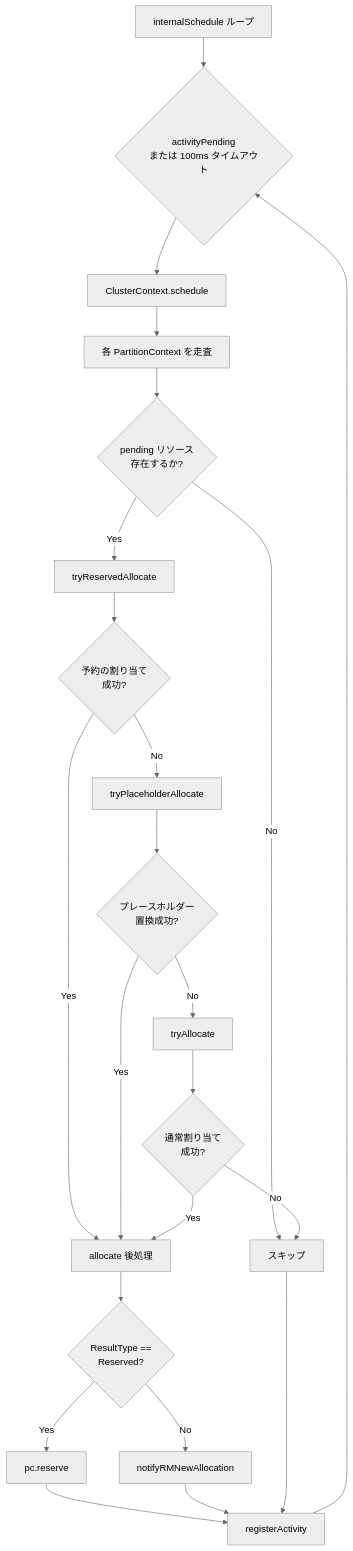
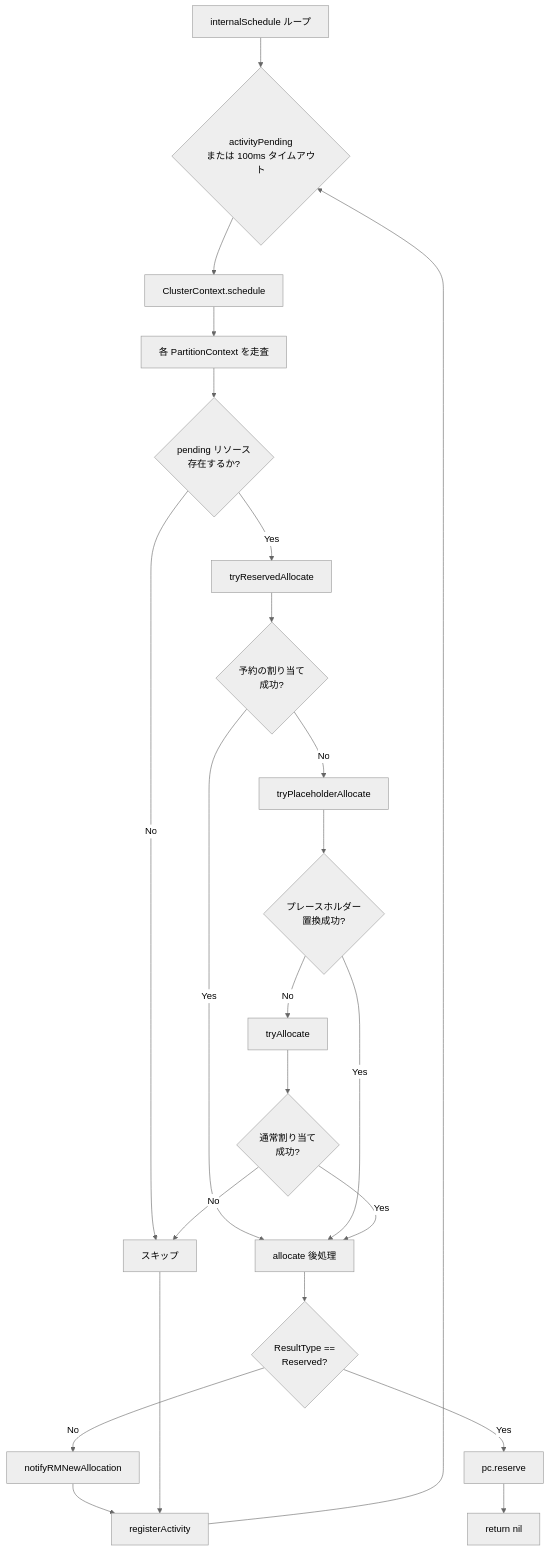
The diagram in yunikorn/yunikorn-core/part01-scheduler-core/03-scheduling-cycle.md (miyamadoKL/source-code-reading), drawn with Mermaid (neutral theme) before and after one commit. The commit also changed 10 other files, not shown here.

Commit message:
yunikorn-core: codex レビュー指摘の修正(スケジューリングサイクルの図、状態機械の説明ほか11件)

````diff
--- a/yunikorn/yunikorn-core/part01-scheduler-core/03-scheduling-cycle.md
+++ b/yunikorn/yunikorn-core/part01-scheduler-core/03-scheduling-cycle.md
@@ -258,25 +258,25 @@
 ```mermaid
 flowchart TD
     A[internalSchedule ループ] --> B{activityPending<br>または 100ms タイムアウト}
     B --> C[ClusterContext.schedule]
     C --> D[各 PartitionContext を走査]
     D --> E{pending リソース<br>存在するか?}
     E -->|No| F[スキップ]
     E -->|Yes| G[tryReservedAllocate]
     G --> H{予約の割り当て<br>成功?}
     H -->|Yes| I[allocate 後処理]
     H -->|No| J[tryPlaceholderAllocate]
     J --> K{プレースホルダー<br>置換成功?}
     K -->|Yes| I
     K -->|No| L[tryAllocate]
     L --> M{通常割り当て<br>成功?}
     M -->|Yes| I
     M -->|No| F
     I --> N{ResultType ==<br>Reserved?}
     N -->|Yes| O[pc.reserve]
     N -->|No| P[notifyRMNewAllocation]
-    O --> Q[registerActivity]
-    P --> Q
+    O --> Z[return nil]
+    P --> Q[registerActivity]
     F --> Q
     Q --> B
 ```
````
